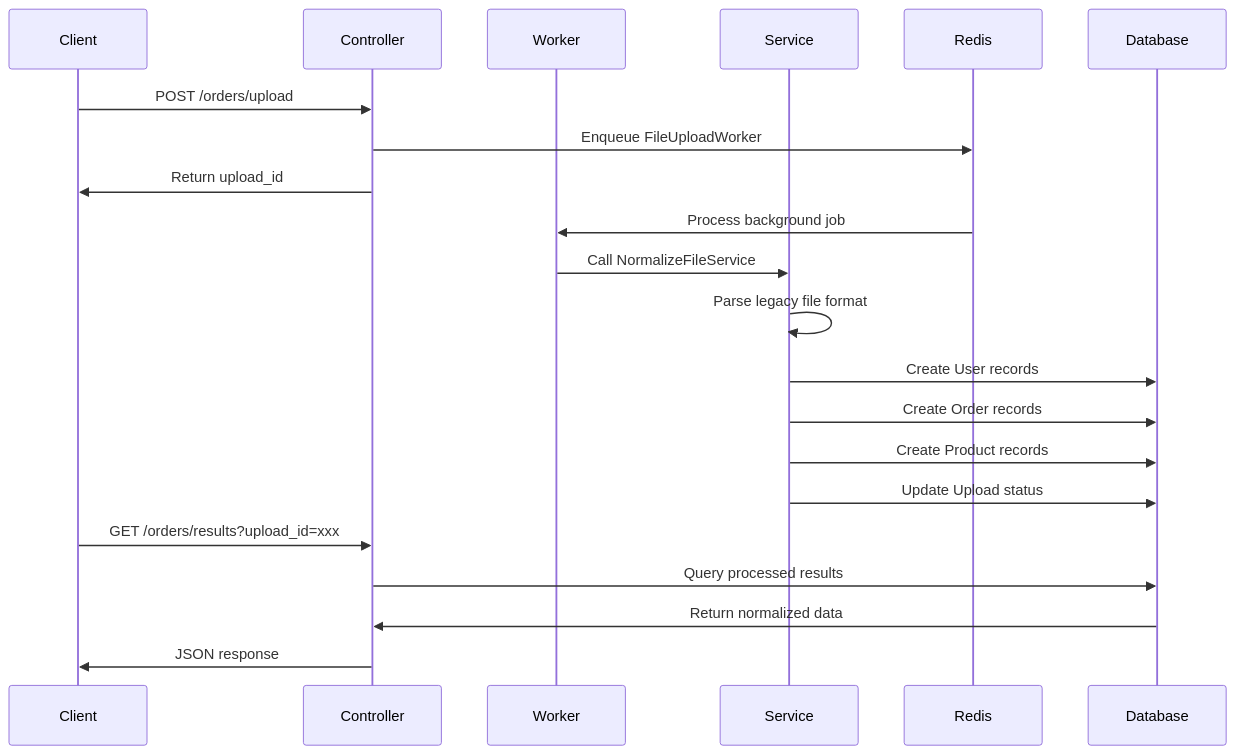
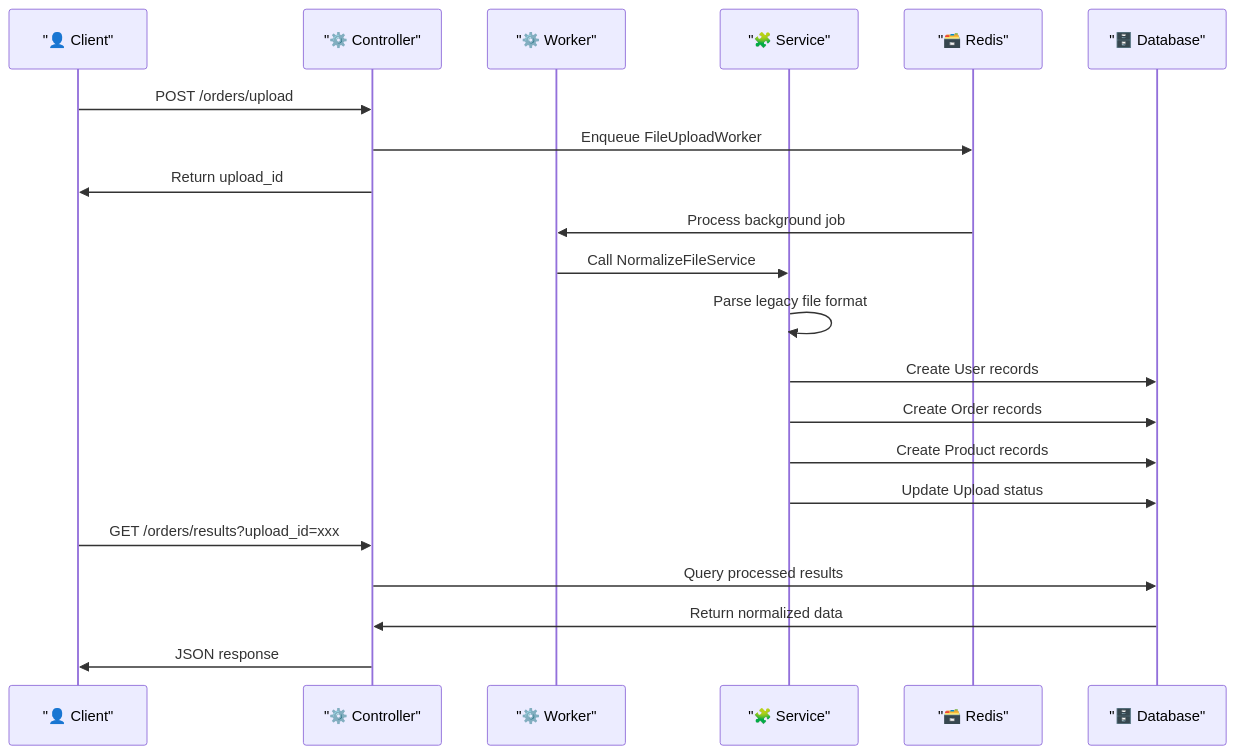
One commit to enogrob/project-order-normalizer-api changed the third of 5 diagrams in README.md. Above: the diagram before and after it, drawn with Mermaid. The commit also changed other lines of this file, not shown here.

````diff
--- a/README.md
+++ b/README.md
@@ -146,26 +154,26 @@
 ```mermaid
 sequenceDiagram
-    participant Client
-    participant Controller
-    participant Worker
-    participant Service
-    participant Redis
-    participant Database
+    participant Client as "👤 Client"
+    participant Controller as "⚙️ Controller"
+    participant Worker as "⚙️ Worker"
+    participant Service as "🧩 Service"
+    participant Redis as "🗃️ Redis"
+    participant Database as "🗄️ Database"
 
     Client->>Controller: POST /orders/upload
     Controller->>Redis: Enqueue FileUploadWorker
     Controller->>Client: Return upload_id
     
     Redis->>Worker: Process background job
     Worker->>Service: Call NormalizeFileService
     Service->>Service: Parse legacy file format
     Service->>Database: Create User records
     Service->>Database: Create Order records
     Service->>Database: Create Product records
     Service->>Database: Update Upload status
     
     Client->>Controller: GET /orders/results?upload_id=xxx
     Controller->>Database: Query processed results
     Database->>Controller: Return normalized data
     Controller->>Client: JSON response
 ```
````
